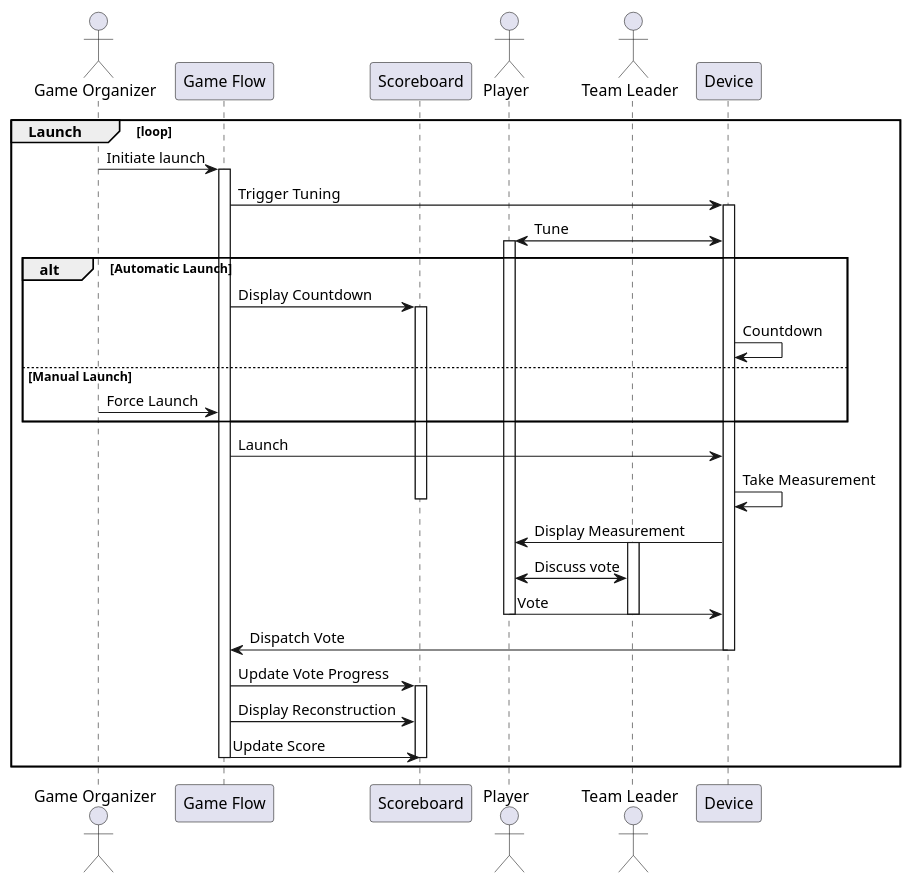
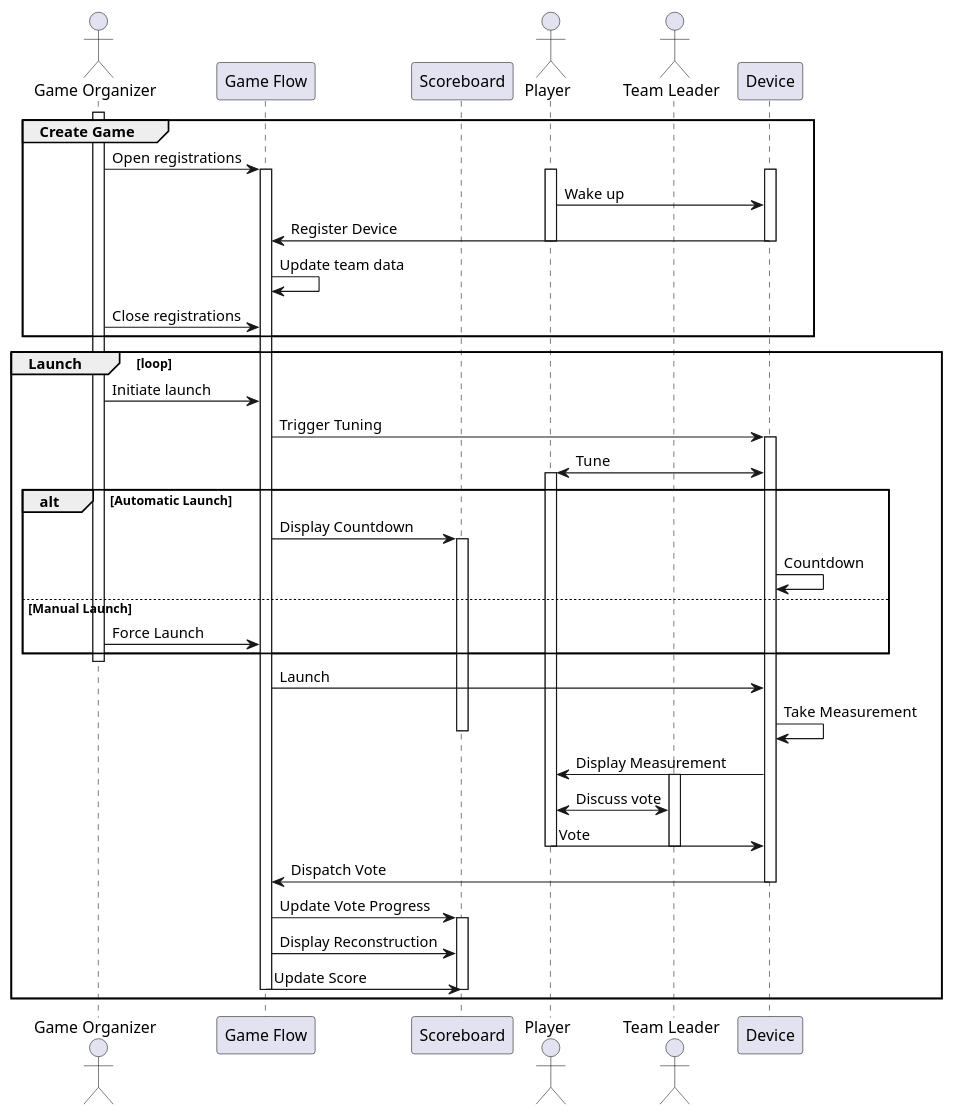
The diagram in docs/diagrams/sequences/game.puml (CMCRobotics/the-detector-is-you), drawn with PlantUML before and after one commit. The commit also changed 8 other files, not shown here.

```diff
--- a/docs/diagrams/sequences/game.puml
+++ b/docs/diagrams/sequences/game.puml
@@ -1,57 +1,77 @@
 @startuml Game
 actor "Game Organizer" as GO
 
 participant "Game Flow" as GF
 participant "Scoreboard" as SC
 
 actor Player as PL
 actor "Team Leader" as TL
 participant "Device" as DV
 
+activate GO
+
+group Create Game
+  GO -> GF : Open registrations
+  activate GF
+  activate DV
+  activate PL
+  PL -> DV : Wake up
+
+  DV -> GF : Register Device
+
+  deactivate PL
+  deactivate DV
+
+  GF -> GF : Update team data
+
+  GO -> GF : Close registrations
+  
+end 
+
 group Launch [loop]
+    
     GO -> GF : Initiate launch
-    activate GF
-
 
     GF ->  DV : Trigger Tuning
     activate DV
     PL <-> DV : Tune
     activate PL
     
     alt Automatic Launch
         GF -> SC : Display Countdown
         activate SC
         DV -> DV : Countdown
     else Manual Launch
         GO -> GF : Force Launch
     end
+    deactivate GO
     GF -> DV : Launch
     DV -> DV : Take Measurement
     deactivate SC
  
     DV -> PL : Display Measurement
 
     activate TL
     PL <-> TL : Discuss vote
 
     PL -> DV : Vote
     deactivate PL
     deactivate TL
     
     DV -> GF : Dispatch Vote
     deactivate DV
 
     GF -> SC : Update Vote Progress
 
     
     activate SC
     GF -> SC : Display Reconstruction
 
     GF-> SC : Update Score
 
     deactivate GF
     deactivate SC
 end
 
 
 @enduml
```
